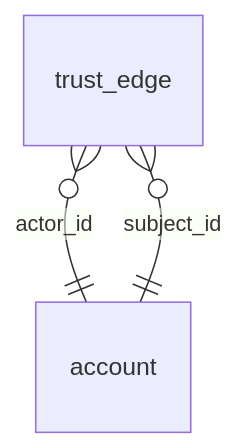
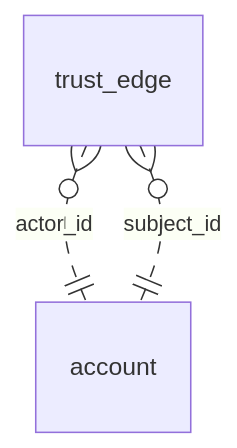
The diagram in docs/database/tables/trust_edge.md (21gifts/api), drawn with Mermaid before and after one commit. The commit also changed 24 other files, not shown here.

````diff
--- a/docs/database/tables/trust_edge.md
+++ b/docs/database/tables/trust_edge.md
@@ -31,5 +31,5 @@
 ```mermaid
 erDiagram
-    "trust_edge" }o--|| "account" : "actor_id"
-    "trust_edge" }o--|| "account" : "subject_id"
+    "trust_edge" }o..|| "account" : "actor_id"
+    "trust_edge" }o..|| "account" : "subject_id"
 ```
````
